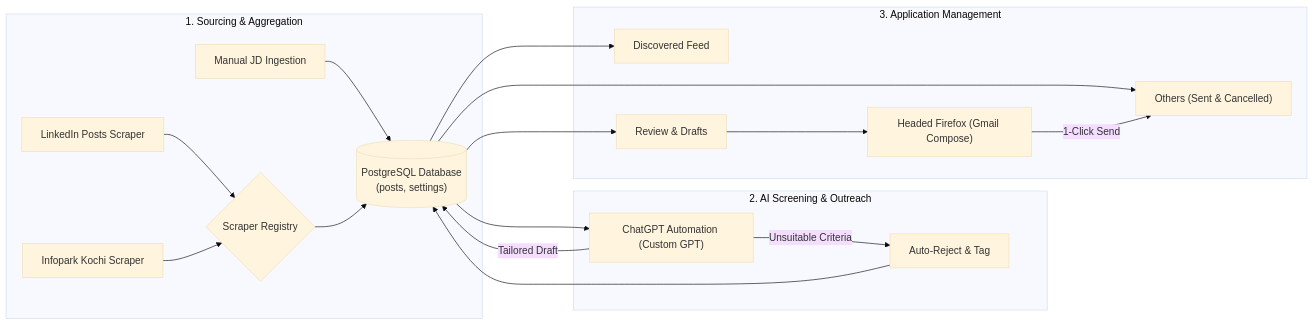
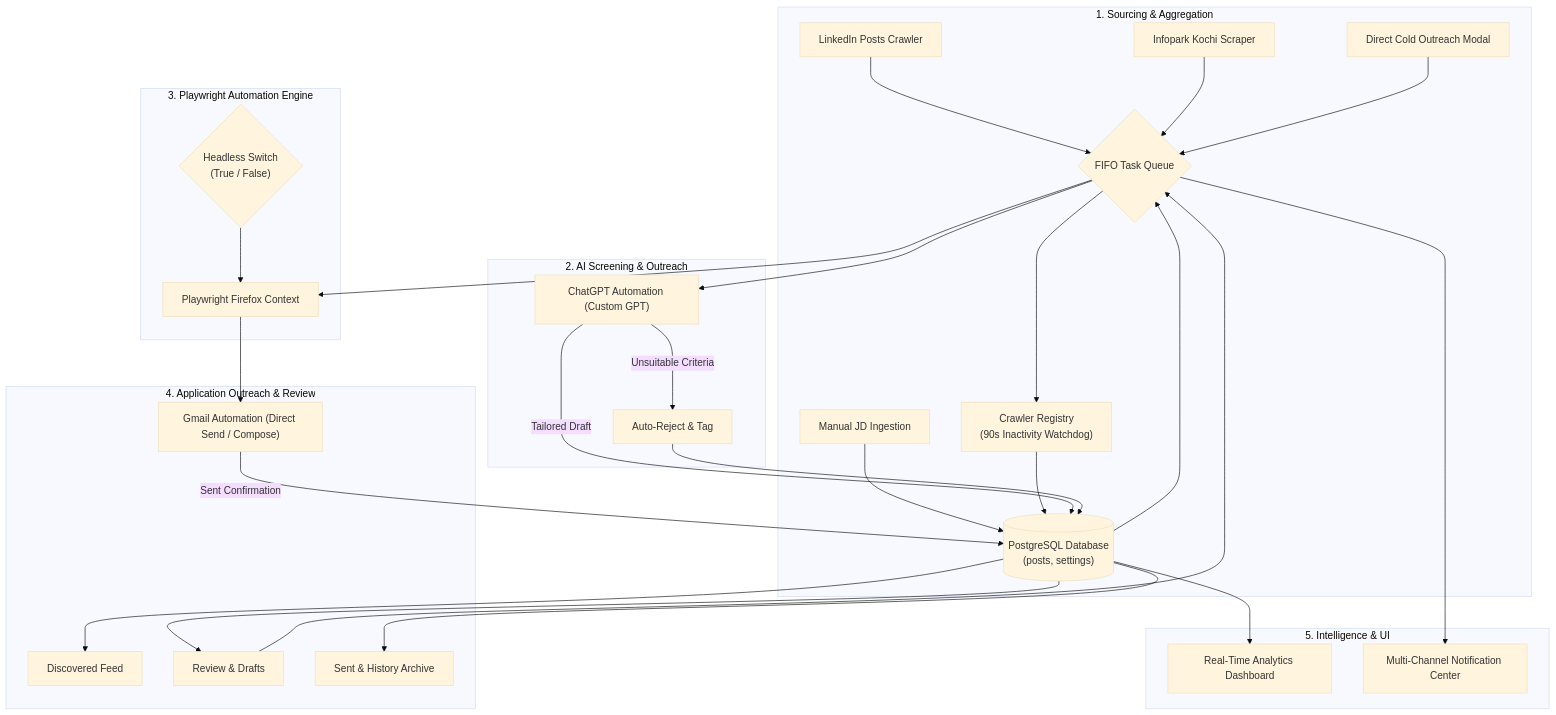
Before and after one commit to mrinshad/Reach: the diagram in README.md, drawn with Mermaid (base theme). The commit also changed other lines of this file and 9 other files, not shown here.

First line of the commit message:
docs: update README with task queue, headless switch, direct outreach, and full API reference

````diff
--- a/README.md
+++ b/README.md
@@ -74,24 +93,44 @@
 ```mermaid
-flowchart LR
+flowchart TD
     subgraph Sourcing ["1. Sourcing & Aggregation"]
-        A["LinkedIn Posts Scraper"] --> REG{"Scraper Registry"}
-        B["Infopark Kochi Scraper"] --> REG
-        C["Manual JD Ingestion"] --> DB[("PostgreSQL Database\n(posts, settings)")]
+        A["LinkedIn Posts Crawler"]
+        B["Infopark Kochi Scraper"]
+        C["Manual JD Ingestion"]
+        D["Direct Cold Outreach Modal"]
+        A --> QUEUE{"FIFO Task Queue"}
+        B --> QUEUE
+        C --> DB[("PostgreSQL Database\n(posts, settings)")]
+        D --> QUEUE
+        QUEUE --> REG["Crawler Registry\n(90s Inactivity Watchdog)"]
         REG --> DB
     end
 
     subgraph Screening ["2. AI Screening & Outreach"]
-        DB --> D["ChatGPT Automation (Custom GPT)"]
-        D -- Tailored Draft --> DB
-        D -- Unsuitable Criteria --> REJ["Auto-Reject & Tag"]
+        DB --> QUEUE
+        QUEUE --> E["ChatGPT Automation (Custom GPT)"]
+        E -- Tailored Draft --> DB
+        E -- Unsuitable Criteria --> REJ["Auto-Reject & Tag"]
         REJ --> DB
     end
 
-    subgraph Dashboard ["3. Application Management"]
-        DB --> E["Discovered Feed"]
-        DB --> F["Review & Drafts"]
-        DB --> G["Others (Sent & Cancelled)"]
-        F --> H["Headed Firefox (Gmail Compose)"]
-        H -- 1-Click Send --> G
+    subgraph BrowserEngine ["3. Playwright Automation Engine"]
+        F["Playwright Firefox Context"]
+        G{"Headless Switch\n(True / False)"}
+        G --> F
+    end
+
+    subgraph Dispatch ["4. Application Outreach & Review"]
+        DB --> H["Discovered Feed"]
+        DB --> I["Review & Drafts"]
+        DB --> J["Sent & History Archive"]
+        I --> QUEUE
+        QUEUE --> F
+        F --> K["Gmail Automation (Direct Send / Compose)"]
+        K -- Sent Confirmation --> DB
+    end
+
+    subgraph Intelligence ["5. Intelligence & UI"]
+        DB --> L["Real-Time Analytics Dashboard"]
+        QUEUE --> M["Multi-Channel Notification Center"]
     end
 ```
````
